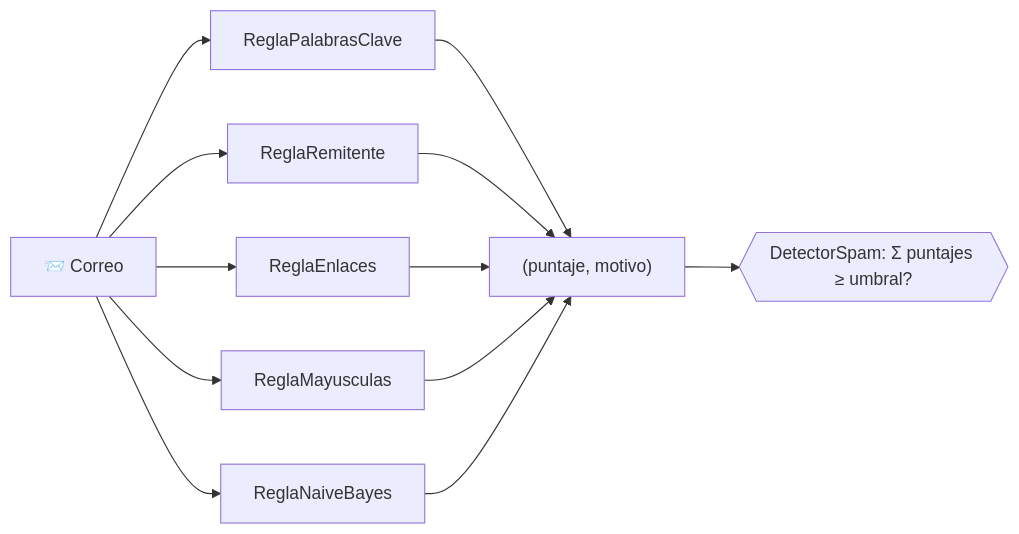
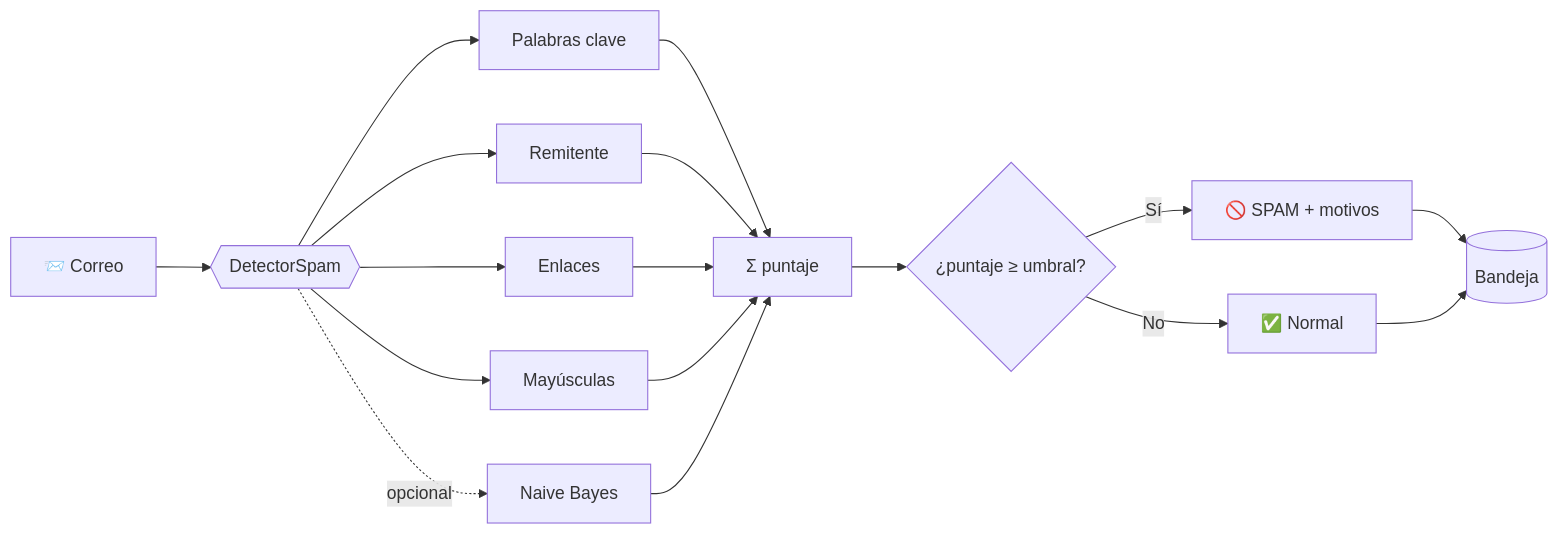
Before and after one commit to AngelMol0810/Detector-spam-correos: the first of 2 diagrams in README.md, drawn with Mermaid. The commit also changed other lines of this file, not shown here.

````diff
--- a/README.md
+++ b/README.md
@@ -25,10 +75,14 @@
 ```mermaid
 flowchart LR
-    C[📨 Correo] --> R1[ReglaPalabrasClave]
-    C --> R2[ReglaRemitente]
-    C --> R3[ReglaEnlaces]
-    C --> R4[ReglaMayusculas]
-    C --> R5[ReglaNaiveBayes]
-    R1 & R2 & R3 & R4 & R5 --> T["(puntaje, motivo)"]
-    T --> D{{DetectorSpam: Σ puntajes ≥ umbral?}}
+    A[📨 Correo] --> B{{DetectorSpam}}
+    B --> R1[Palabras clave]
+    B --> R2[Remitente]
+    B --> R3[Enlaces]
+    B --> R4[Mayúsculas]
+    B -.opcional.-> R5[Naive Bayes]
+    R1 & R2 & R3 & R4 & R5 --> S[Σ puntaje]
+    S --> U{¿puntaje ≥ umbral?}
+    U -- Sí --> SP[🚫 SPAM + motivos]
+    U -- No --> OK[✅ Normal]
+    SP & OK --> BJ[(Bandeja)]
 ```
````
